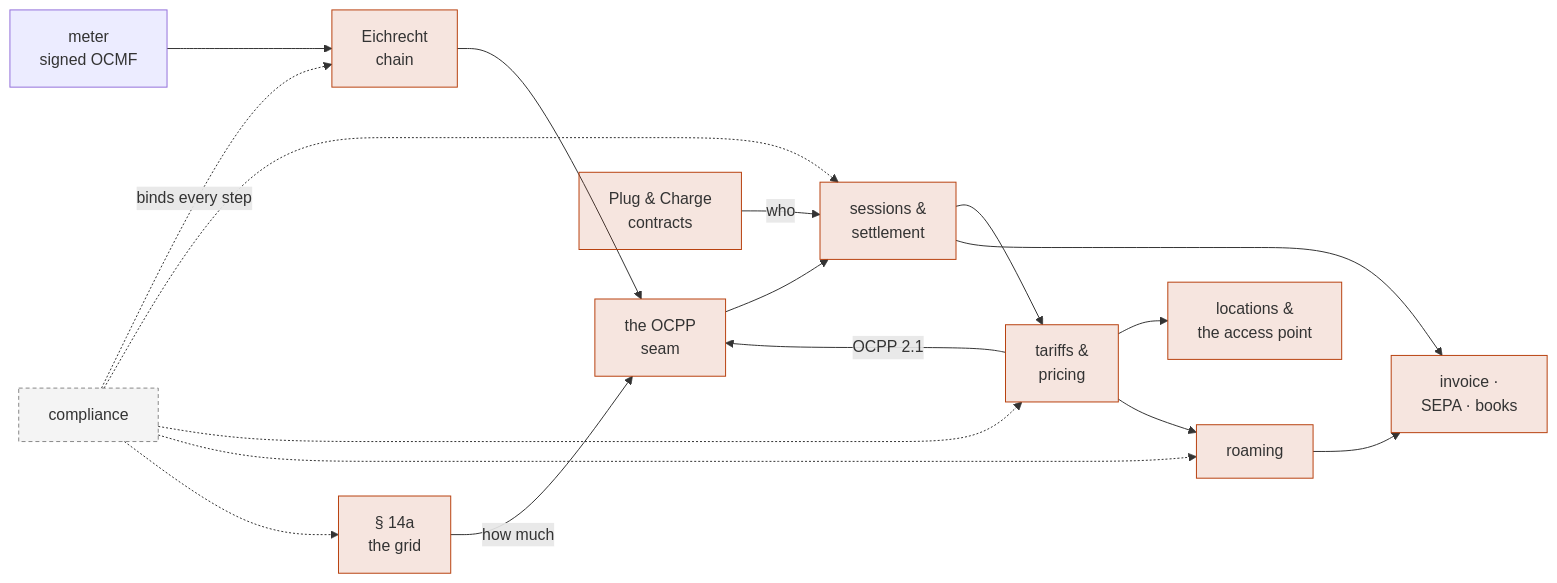
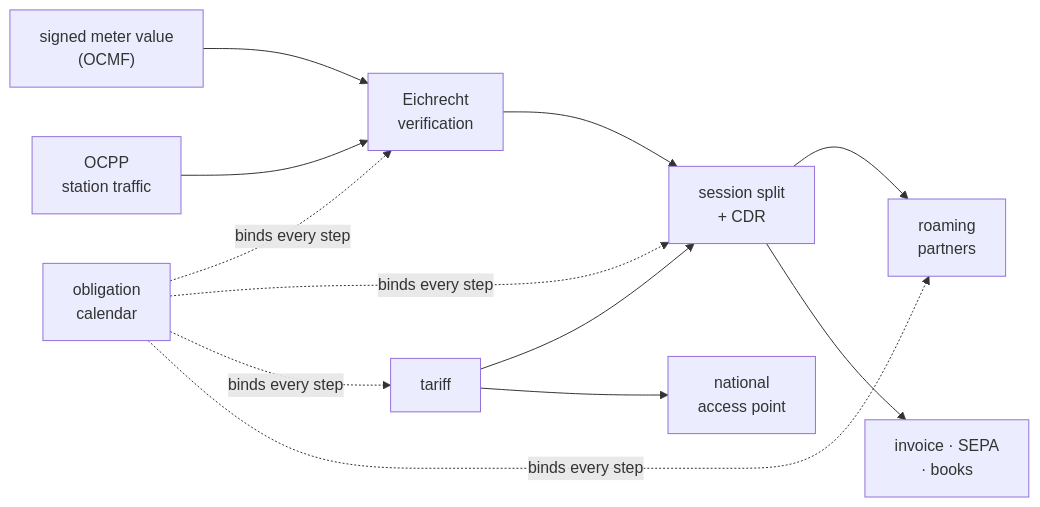
Before and after one commit to hupe1980/emob: the diagram in site/content/docs/_index.md, drawn with Mermaid. The commit also changed other lines of this file and 223 other files, not shown here.

````diff
--- a/site/content/docs/_index.md
+++ b/site/content/docs/_index.md
@@ -16,24 +39,11 @@
 ```mermaid
 flowchart LR
-    M["meter<br/>signed OCMF"] --> E["Eichrecht<br/>chain"]
-    E --> O["the OCPP<br/>seam"]
-    O --> S["sessions &<br/>settlement"]
-    S --> T["tariffs &<br/>pricing"]
-    T --> L["locations &<br/>the access point"]
-    T --> R["roaming"]
-    T -->|"OCPP 2.1"| O
-    S --> INV["invoice ·<br/>SEPA · books"]
-    R --> INV
-    PNC["Plug & Charge<br/>contracts"] -->|"who"| S
-    G["§ 14a<br/>the grid"] -->|"how much"| O
-    C["compliance"] -.->|"binds every step"| E
-    C -.-> S
-    C -.-> T
-    C -.-> R
-    C -.-> G
-
-    classDef step fill:#b8410f22,stroke:#b8410f
-    classDef rule fill:#88888818,stroke:#888,stroke-dasharray:4 3
-    class E,O,S,T,L,R,INV,PNC,G step
-    class C rule
+    M["signed meter value<br/>(OCMF)"] --> E["Eichrecht<br/>verification"]
+    O["OCPP<br/>station traffic"] --> E
+    E --> S["session split<br/>+ CDR"]
+    T["tariff"] --> S
+    S --> R["roaming<br/>partners"]
+    S --> INV["invoice · SEPA<br/>· books"]
+    T --> L["national<br/>access point"]
+    C["obligation<br/>calendar"] -.->|"binds every step"| E & S & T & R
 ```
````
